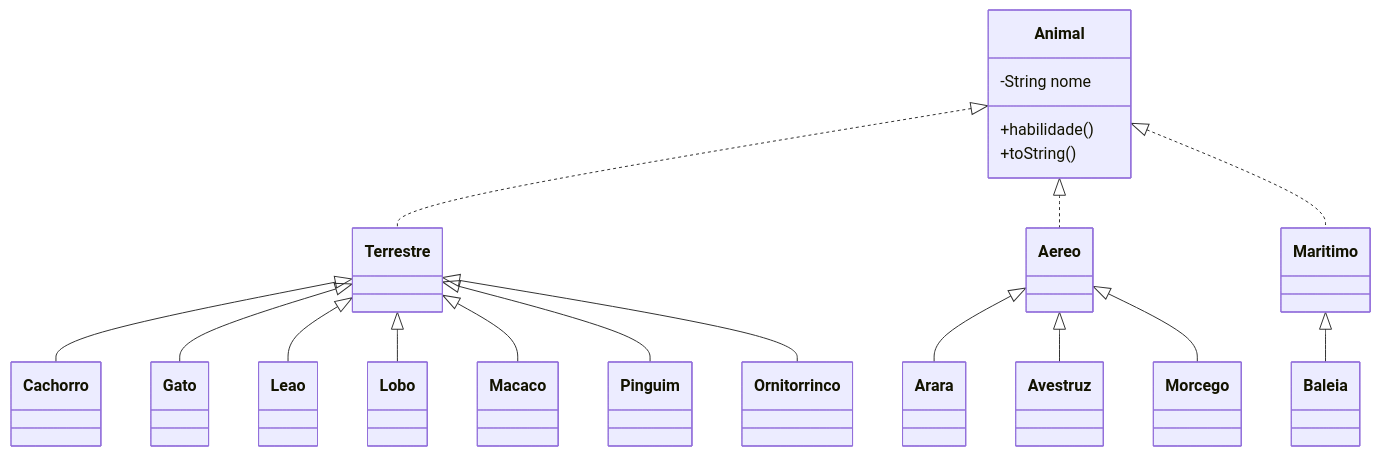
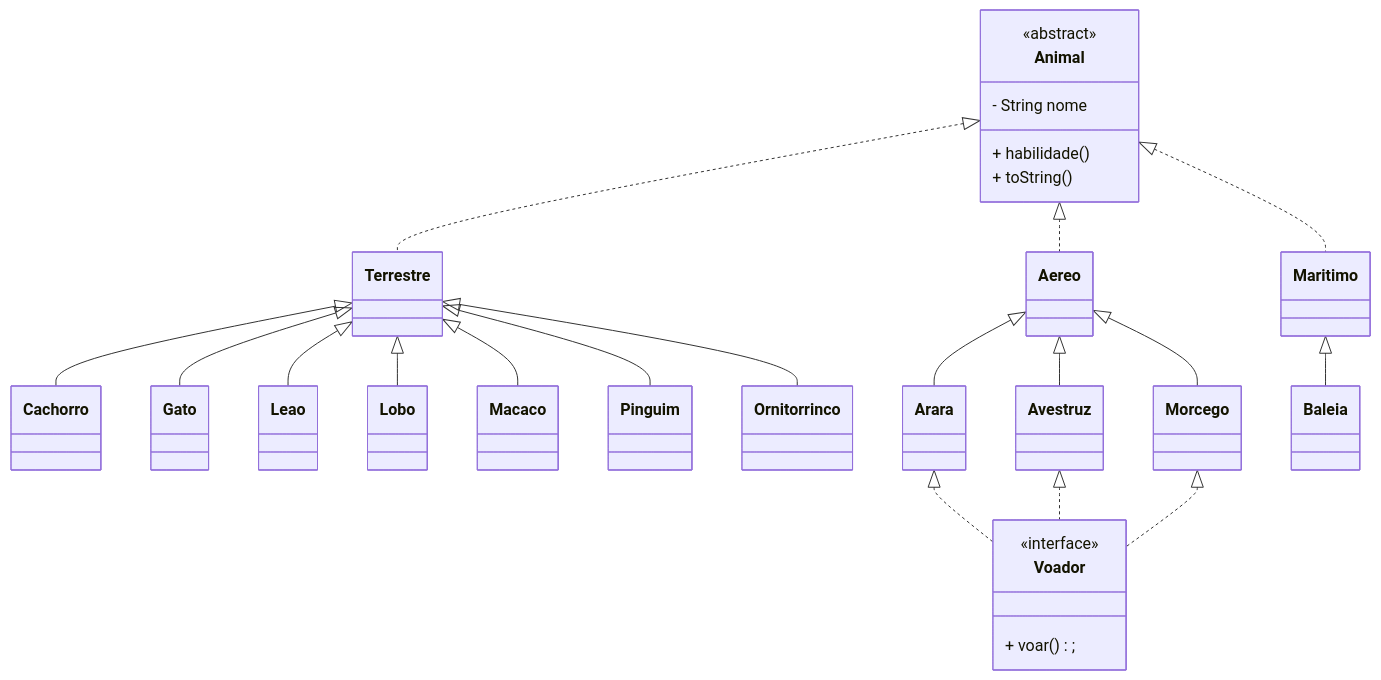
The diagram in README.md (ArthurOReis/classe-abstrata-interface-e-polimorfismo), drawn with Mermaid before and after one commit.

Commit message:
Implementando exemplo de ação com interface

````diff
--- a/README.md
+++ b/README.md
@@ -1,55 +1,68 @@
 ```mermaid
 classDiagram
+    class Animal{
+        <<abstract>>
+        - String nome
+        + habilidade()
+        + toString()
+    }
+
     Aereo <|-- Arara
     Aereo <|-- Avestruz
     Maritimo <|-- Baleia
     Terrestre <|-- Cachorro
     Terrestre <|-- Gato
     Terrestre <|-- Leao
     Terrestre <|-- Lobo
     Terrestre <|-- Macaco
     Aereo <|-- Morcego
     Terrestre <|-- Pinguim
     Terrestre <|-- Ornitorrinco
 
     Animal <|.. Terrestre
     Animal <|.. Aereo
     Animal <|.. Maritimo
 
-    Animal : -String nome
-    Animal: +habilidade()
-    Animal: +toString()
     class Arara{
         
     }
     class Avestruz{
         
     }
     class Baleia{
 
     }
     class Cachorro{
 
     }
     class Gato{
 
     }
     class Leao{
 
     }
     class Lobo{
 
     }
     class Macaco{
 
     }
     class Morcego{
 
     }
     class Pinguim{
 
     }
     class Ornitorrinco{
 
     }
+
+    class Voador{
+        <<interface>>
+        + voar();
+    }
+
+    Arara <|.. Voador
+    Avestruz <|.. Voador
+    Morcego <|.. Voador
 ```
````
